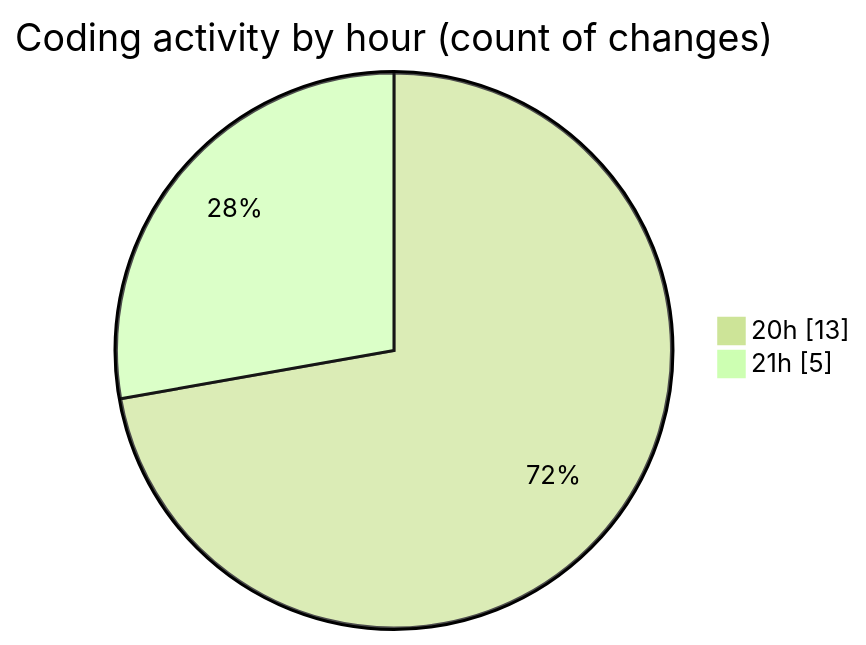
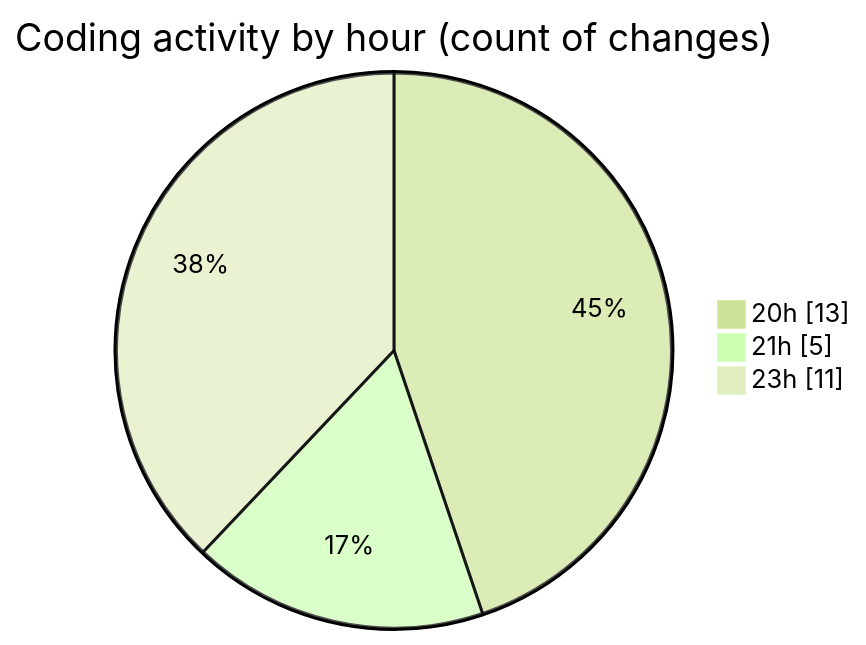
The second of 2 diagrams in 2025-10-15/skintrack/README.md (Netris89/code-tracking), drawn with Mermaid (forest theme) before and after one commit. The commit also changed other lines of this file and 1 other file, not shown here.

````diff
--- a/2025-10-15/skintrack/README.md
+++ b/2025-10-15/skintrack/README.md
@@ -33,6 +35,7 @@
 ```mermaid
 pie showData
 title Coding activity by hour (count of changes)
 "20h" : 13
 "21h" : 5
+"23h" : 11
 ```
````
